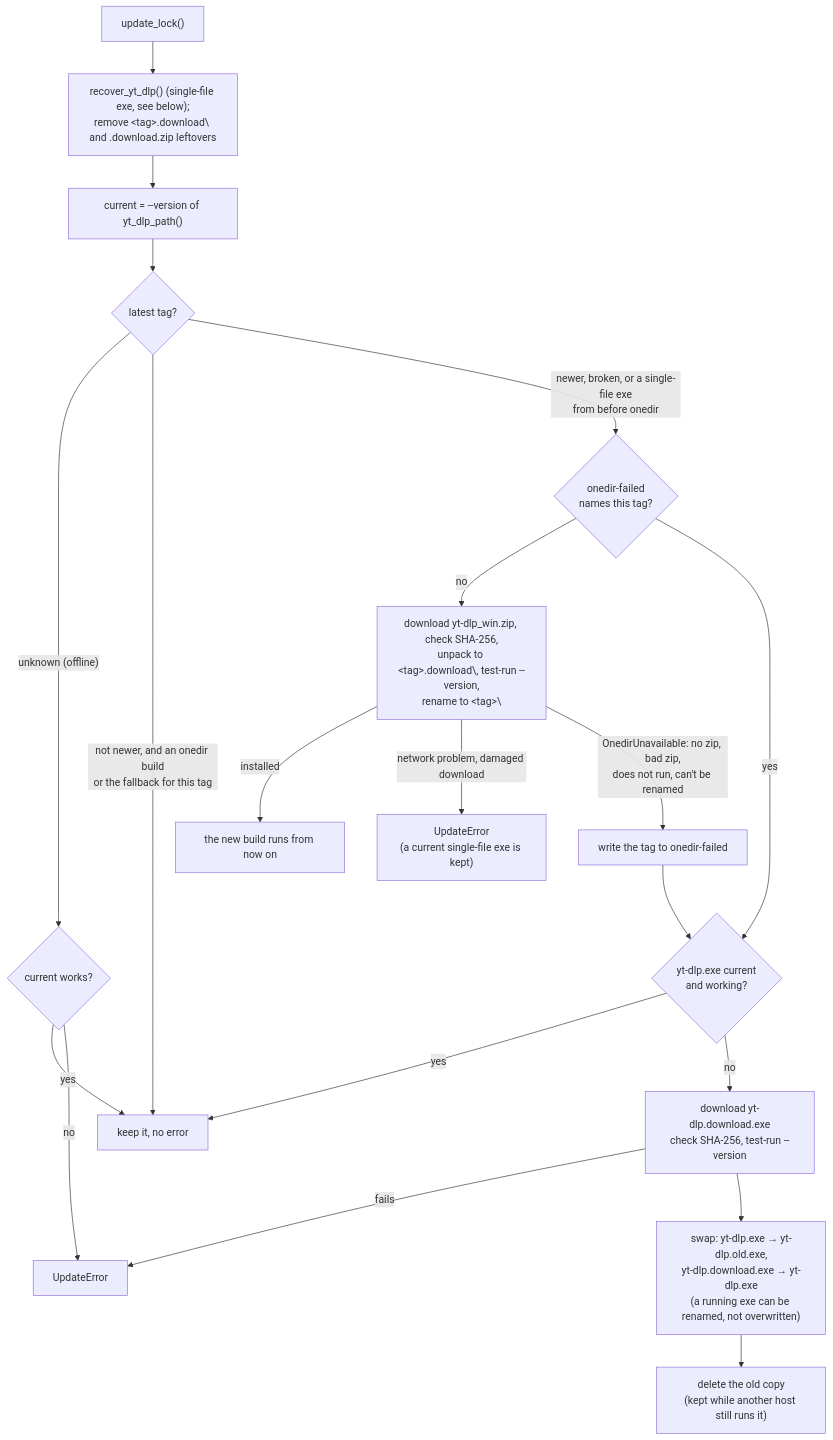
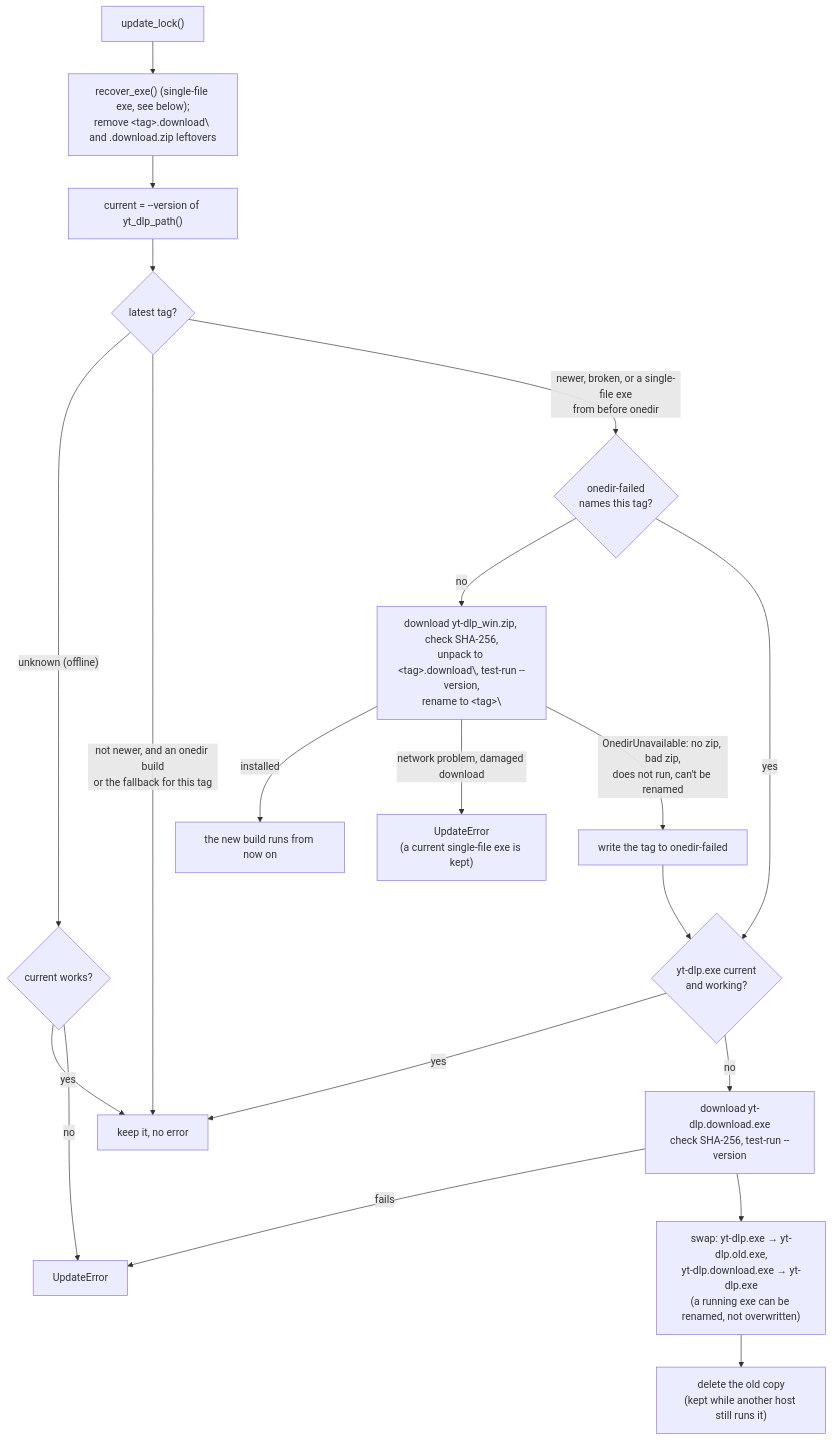
Before and after one commit to martin-iflap/YT-MP3-Downloader: diagram 13 of 22 in ARCHITECTURE.md, drawn with Mermaid. The commit also changed other lines of this file and 10 other files, not shown here.

````diff
--- a/ARCHITECTURE.md
+++ b/ARCHITECTURE.md
@@ -791,22 +791,22 @@
 ```mermaid
 flowchart TB
-    L["update_lock()"] --> R["recover_yt_dlp() (single-file exe, see below);<br/>remove &lt;tag&gt;.download\ and .download.zip leftovers"]
+    L["update_lock()"] --> R["recover_exe() (single-file exe, see below);<br/>remove &lt;tag&gt;.download\ and .download.zip leftovers"]
     R --> V["current = --version of yt_dlp_path()"]
     V --> T{"latest tag?"}
     T -- "unknown (offline)" --> K1{"current works?"}
     K1 -- yes --> KEEP["keep it, no error"]
     K1 -- no --> ERR["UpdateError"]
     T -- "not newer, and an onedir build<br/>or the fallback for this tag" --> KEEP
     T -- "newer, broken, or a single-file exe<br/>from before onedir" --> F{"onedir-failed<br/>names this tag?"}
     F -- no --> O["download yt-dlp_win.zip, check SHA-256,<br/>unpack to &lt;tag&gt;.download\, test-run --version,<br/>rename to &lt;tag&gt;\"]
     O -- "installed" --> DONE["the new build runs from now on"]
     O -- "network problem, damaged download" --> ERR2["UpdateError<br/>(a current single-file exe is kept)"]
     O -- "OnedirUnavailable: no zip, bad zip,<br/>does not run, can't be renamed" --> M["write the tag to onedir-failed"]
     M --> SE
     F -- yes --> SE{"yt-dlp.exe current<br/>and working?"}
     SE -- yes --> KEEP
     SE -- no --> D["download yt-dlp.download.exe<br/>check SHA-256, test-run --version"]
     D -- fails --> ERR
     D --> S["swap: yt-dlp.exe → yt-dlp.old.exe,<br/>yt-dlp.download.exe → yt-dlp.exe<br/>(a running exe can be renamed, not overwritten)"]
     S --> DEL["delete the old copy<br/>(kept while another host still runs it)"]
 ```
````
